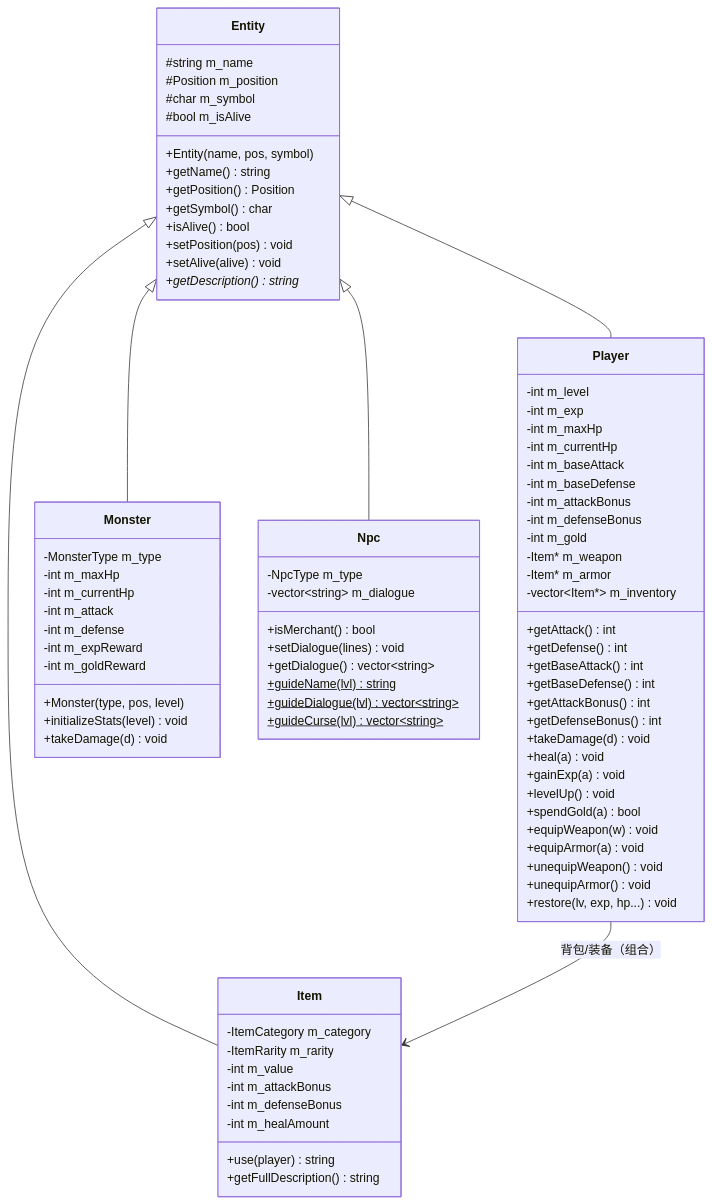
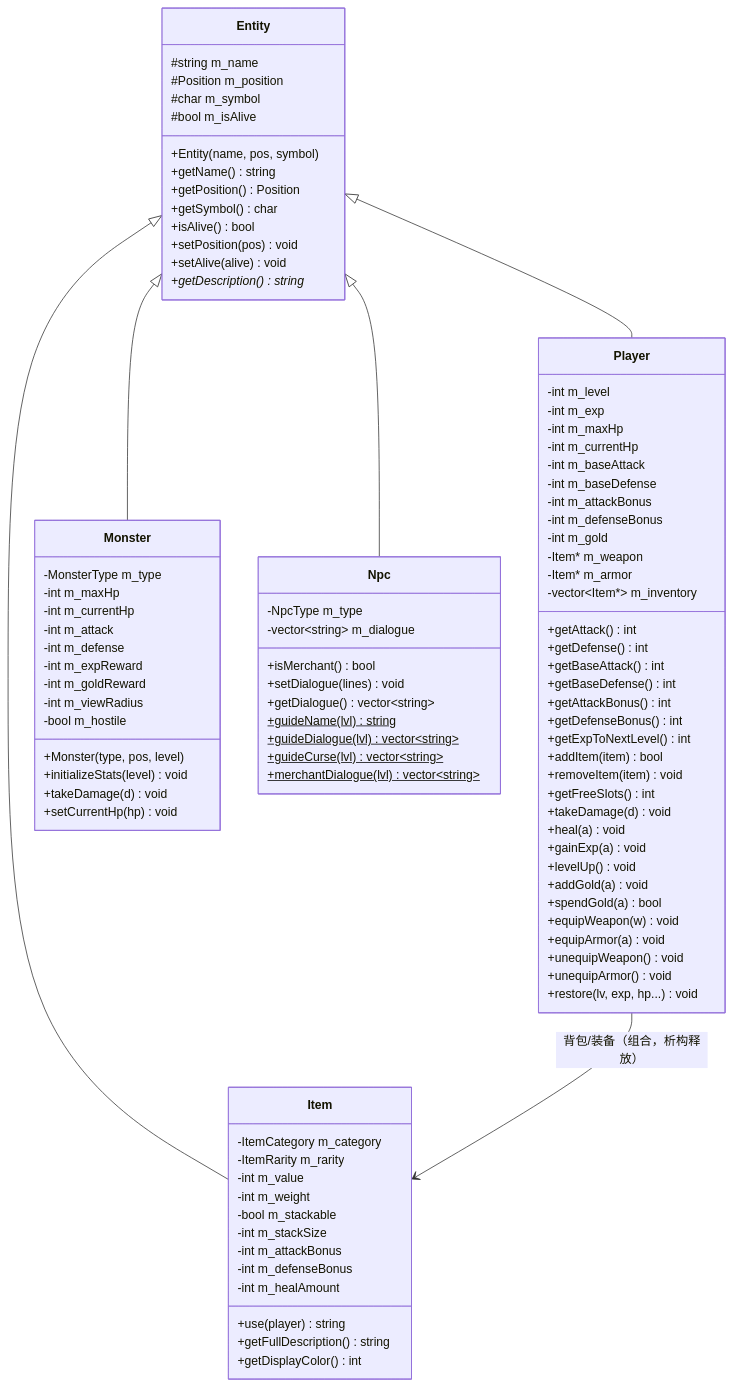
One commit to BugMaker-orz/Code-class-MUD-game changed the second of 3 diagrams in 技术文档.md. Above: the diagram before and after it, drawn with Mermaid. The commit also changed other lines of this file, not shown here.

Commit message:
docs: tech doc v2.5 - function-level complete details (all enums, per-method implementation, algorithms, drop tables, save format, FAQ 10 items)

````diff
--- a/技术文档.md
+++ b/技术文档.md
@@ -231,10 +814,15 @@
         +getBaseDefense() int
         +getAttackBonus() int
         +getDefenseBonus() int
+        +getExpToNextLevel() int
+        +addItem(item) bool
+        +removeItem(item) void
+        +getFreeSlots() int
         +takeDamage(d) void
         +heal(a) void
         +gainExp(a) void
         +levelUp() void
+        +addGold(a) void
         +spendGold(a) bool
         +equipWeapon(w) void
         +equipArmor(a) void
@@ -250,9 +838,12 @@
         -int m_defense
         -int m_expReward
         -int m_goldReward
+        -int m_viewRadius
+        -bool m_hostile
         +Monster(type, pos, level)
         +initializeStats(level) void
         +takeDamage(d) void
+        +setCurrentHp(hp) void
     }
     class Npc {
         -NpcType m_type
@@ -263,20 +854,25 @@
         +guideName(lvl) string$
         +guideDialogue(lvl) vector~string~$
         +guideCurse(lvl) vector~string~$
+        +merchantDialogue(lvl) vector~string~$
     }
     class Item {
         -ItemCategory m_category
         -ItemRarity m_rarity
         -int m_value
+        -int m_weight
+        -bool m_stackable
+        -int m_stackSize
         -int m_attackBonus
         -int m_defenseBonus
         -int m_healAmount
         +use(player) string
         +getFullDescription() string
+        +getDisplayColor() int
     }
     Entity <|-- Player
     Entity <|-- Monster
     Entity <|-- Npc
     Entity <|-- Item
-    Player --> Item : 背包/装备（组合）
+    Player --> Item : 背包/装备（组合，析构释放）
 ```
````
